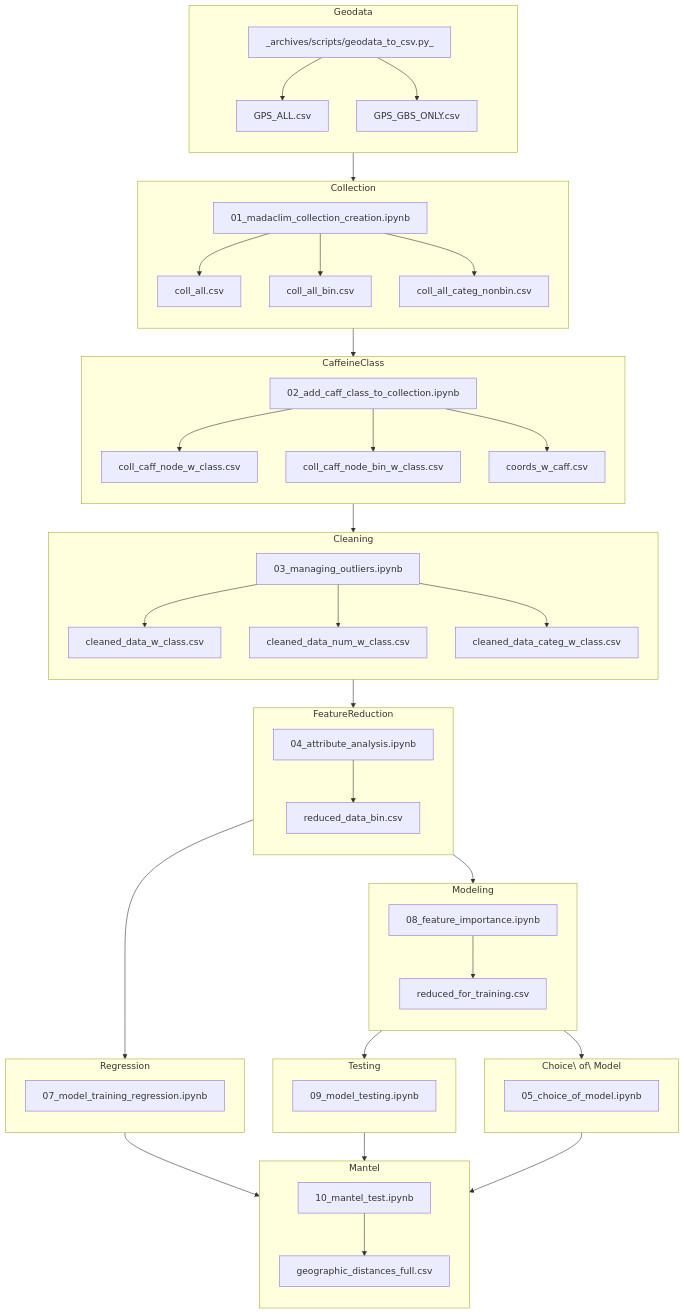
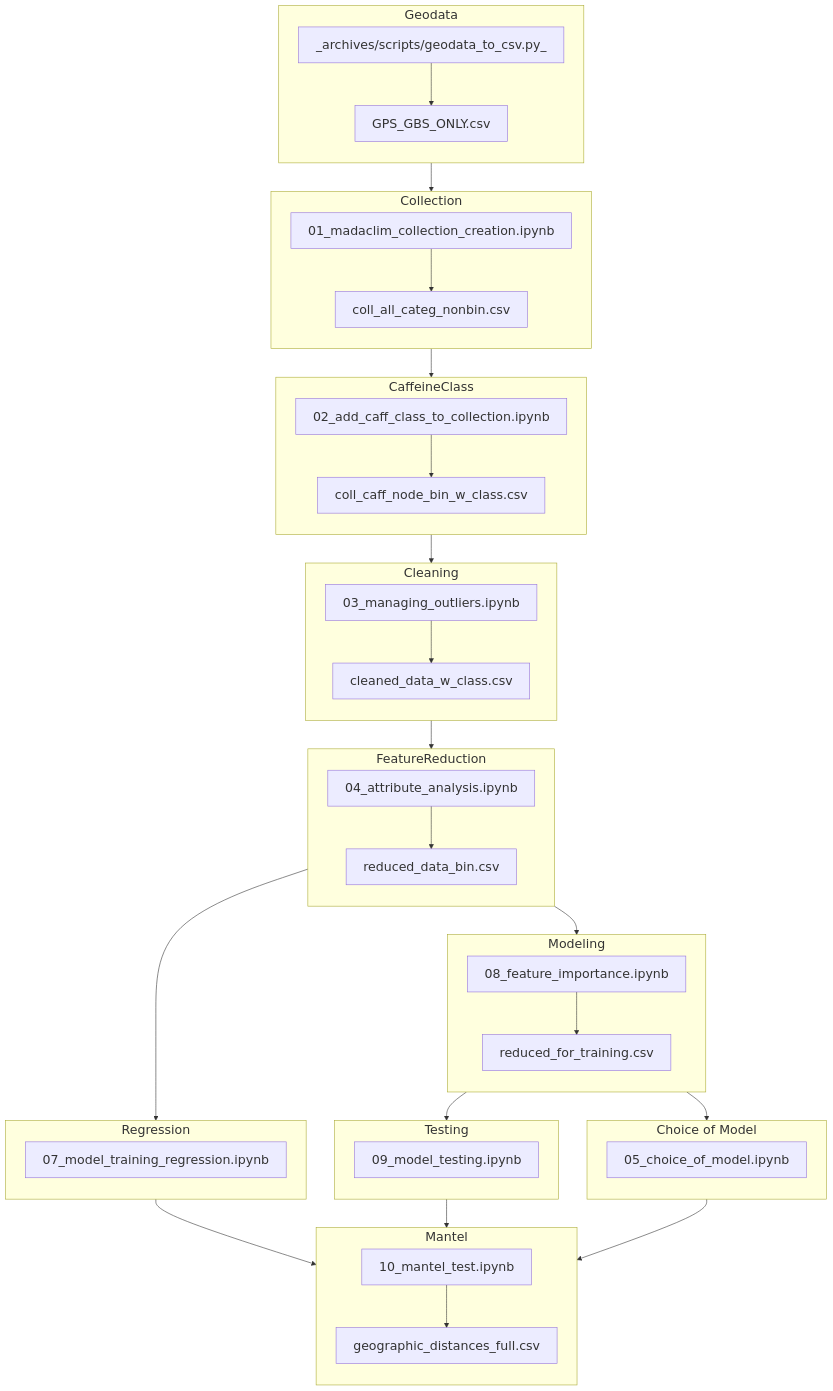
One commit to tahiri-lab/py_madaclim changed the diagram in wokdir_new_coffea_coords/analysis/graphs/pipeline.md. Above: the diagram before and after it, drawn with Mermaid. The commit also changed 4 other files, not shown here.

````diff
--- a/wokdir_new_coffea_coords/analysis/graphs/pipeline.md
+++ b/wokdir_new_coffea_coords/analysis/graphs/pipeline.md
@@ -1,12 +1,14 @@
 ```mermaid
+%%{init: {"themeVariables": {"fontSize": "22px"}}}%%
+
 flowchart TB
   %% Stage 1: Geospatial Data Prep
   subgraph Geodata
     direction TB
     GEC["_archives/scripts/geodata_to_csv.py_"]
-    GPS_ALL["GPS_ALL.csv"]
+%%    GPS_ALL["GPS_ALL.csv"]
     GPS_GBS["GPS_GBS_ONLY.csv"]
-    GEC --> GPS_ALL
+%%    GEC --> GPS_ALL
     GEC --> GPS_GBS
   end
 
@@ -17,11 +19,11 @@
   subgraph Collection
     direction TB
     C1["01_madaclim_collection_creation.ipynb"]
-    COLL_ALL["coll_all.csv"]
-    COLL_BIN["coll_all_bin.csv"]
+%%    COLL_ALL["coll_all.csv"]
+%%    COLL_BIN["coll_all_bin.csv"]
     COLL_CAT["coll_all_categ_nonbin.csv"]
-    C1 --> COLL_ALL
-    C1 --> COLL_BIN
+%%    C1 --> COLL_ALL
+%%    C1 --> COLL_BIN
     C1 --> COLL_CAT
   end
 
@@ -31,12 +33,12 @@
   subgraph CaffeineClass
     direction TB
     C2["02_add_caff_class_to_collection.ipynb"]
-    CCLASS["coll_caff_node_w_class.csv"]
+%%    CCLASS["coll_caff_node_w_class.csv"]
     CCLASS_BIN["coll_caff_node_bin_w_class.csv"]
-    COORDS["coords_w_caff.csv"]
-    C2 --> CCLASS
+%%    COORDS["coords_w_caff.csv"]
+%%    C2 --> CCLASS
     C2 --> CCLASS_BIN
-    C2 --> COORDS
+%%    C2 --> COORDS
   end
 
   CCLASS_BIN --> MOUT
@@ -46,11 +48,11 @@
     direction TB
     MOUT["03_managing_outliers.ipynb"]
     CLEAN["cleaned_data_w_class.csv"]
-    CLEAN_NUM["cleaned_data_num_w_class.csv"]
-    CLEAN_CAT["cleaned_data_categ_w_class.csv"]
+%%    CLEAN_NUM["cleaned_data_num_w_class.csv"]
+%%    CLEAN_CAT["cleaned_data_categ_w_class.csv"]
     MOUT --> CLEAN
-    MOUT --> CLEAN_NUM
-    MOUT --> CLEAN_CAT
+%%    MOUT --> CLEAN_NUM
+%%    MOUT --> CLEAN_CAT
   end
 
   CLEAN --> ATTR
@@ -77,7 +79,7 @@
   RED_BIN --> MREG
   TRAIN --> MTEST
 
-  subgraph Choice\ of\ Model
+  subgraph Choice of Model
     direction TB
     CHM["05_choice_of_model.ipynb"]
   end
````
